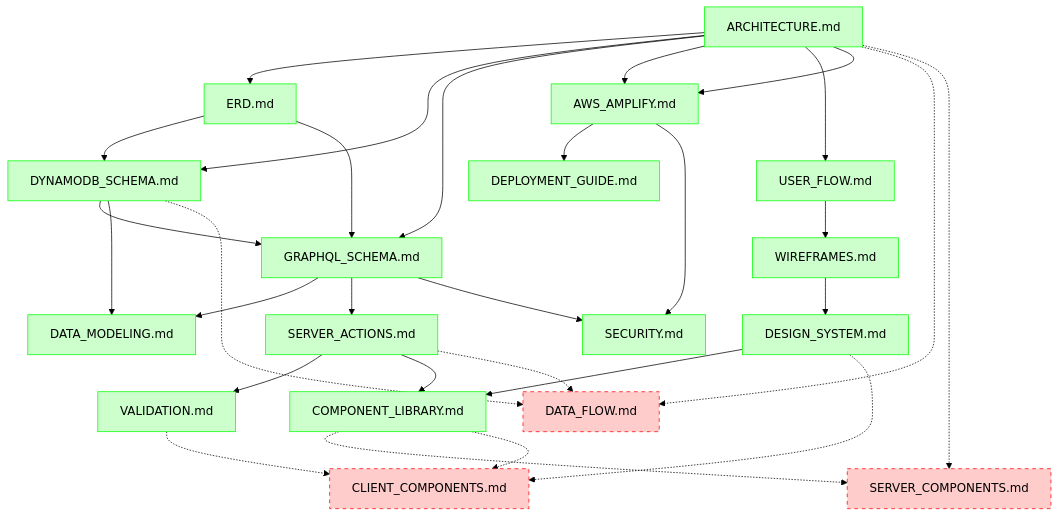
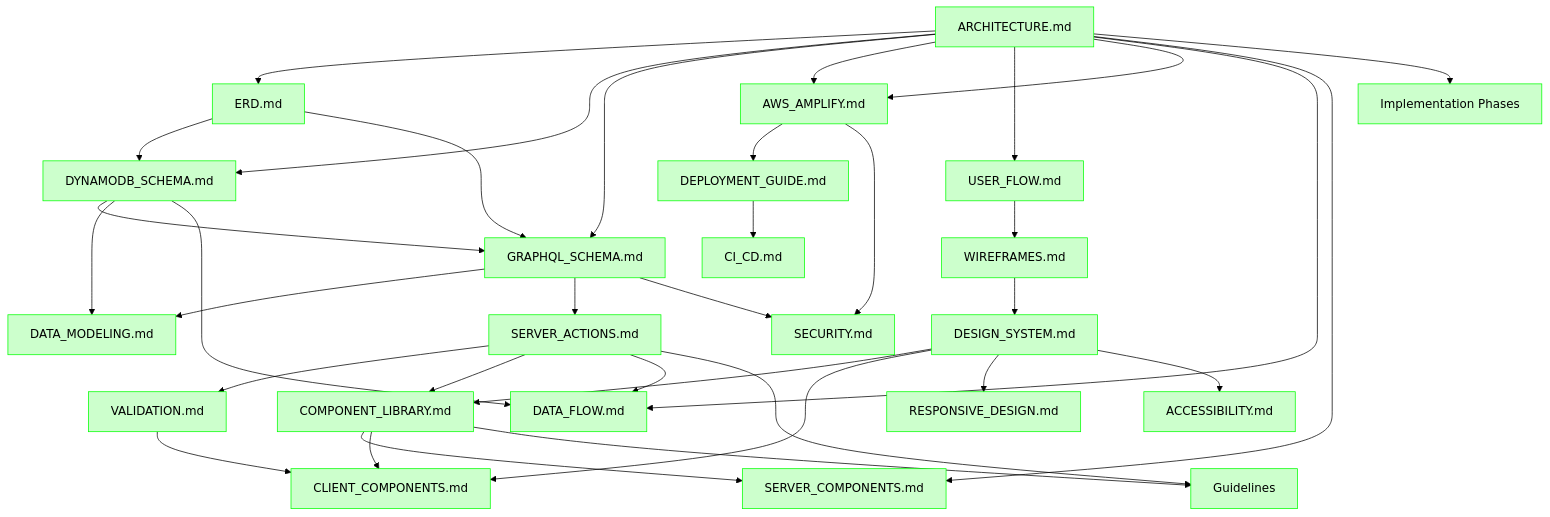
Before and after one commit to stallev/sun_school_app: the diagram in docs/project_documentation_plan.md, drawn with Mermaid (forest theme). The commit also changed other lines of this file, not shown here.

```diff
--- a/docs/project_documentation_plan.md
+++ b/docs/project_documentation_plan.md
@@ -473,10 +606,17 @@
     DEPLOY[DEPLOYMENT_GUIDE.md]
     SEC[SECURITY.md]
     
-    %% Pending Documents
+    %% Additional Documents
     DATAFLOW[DATA_FLOW.md]
     SERVERCOMP[SERVER_COMPONENTS.md]
     CLIENTCOMP[CLIENT_COMPONENTS.md]
+    RESPONSIVE[RESPONSIVE_DESIGN.md]
+    ACCESS[ACCESSIBILITY.md]
+    CICD[CI_CD.md]
+    
+    %% Implementation & Guidelines
+    IMPL[Implementation Phases]
+    GUIDES[Guidelines]
     
     %% Solid lines for created documents
     ARCH --> ERD
@@ -504,21 +644,38 @@
     AMPLIFY --> SEC
     GRAPHQL --> SEC
     
-    %% Dashed lines for pending documents
-    ARCH -.-> DATAFLOW
-    ACTIONS -.-> DATAFLOW
-    DYNAMO -.-> DATAFLOW
+    %% Data flow and component patterns
+    ARCH --> DATAFLOW
+    ACTIONS --> DATAFLOW
+    DYNAMO --> DATAFLOW
     
-    COMP -.-> SERVERCOMP
-    ARCH -.-> SERVERCOMP
+    COMP --> SERVERCOMP
+    ARCH --> SERVERCOMP
     
-    COMP -.-> CLIENTCOMP
-    DESIGN -.-> CLIENTCOMP
-    VALID -.-> CLIENTCOMP
+    COMP --> CLIENTCOMP
+    DESIGN --> CLIENTCOMP
+    VALID --> CLIENTCOMP
     
-    style DATAFLOW fill:#ffcccc,stroke:#ff0000,stroke-dasharray: 5 5
-    style SERVERCOMP fill:#ffcccc,stroke:#ff0000,stroke-dasharray: 5 5
-    style CLIENTCOMP fill:#ffcccc,stroke:#ff0000,stroke-dasharray: 5 5
+    %% UI/UX enhancements
+    DESIGN --> RESPONSIVE
+    DESIGN --> ACCESS
+    
+    %% Infrastructure
+    DEPLOY --> CICD
+    
+    %% Implementation and Guidelines
+    ARCH --> IMPL
+    COMP --> GUIDES
+    ACTIONS --> GUIDES
+    
+    style DATAFLOW fill:#ccffcc,stroke:#00ff00
+    style SERVERCOMP fill:#ccffcc,stroke:#00ff00
+    style CLIENTCOMP fill:#ccffcc,stroke:#00ff00
+    style RESPONSIVE fill:#ccffcc,stroke:#00ff00
+    style ACCESS fill:#ccffcc,stroke:#00ff00
+    style CICD fill:#ccffcc,stroke:#00ff00
+    style IMPL fill:#ccffcc,stroke:#00ff00
+    style GUIDES fill:#ccffcc,stroke:#00ff00
     
     style ARCH fill:#ccffcc,stroke:#00ff00
     style ERD fill:#ccffcc,stroke:#00ff00
```
